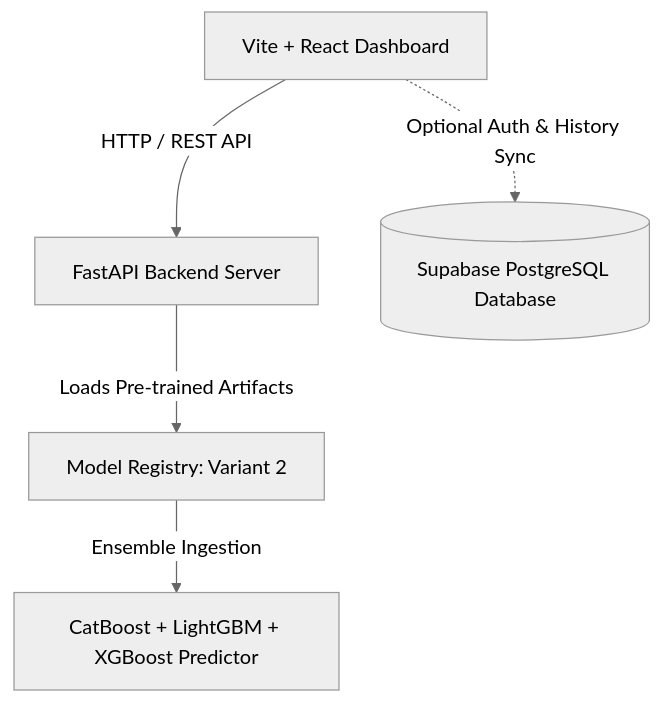
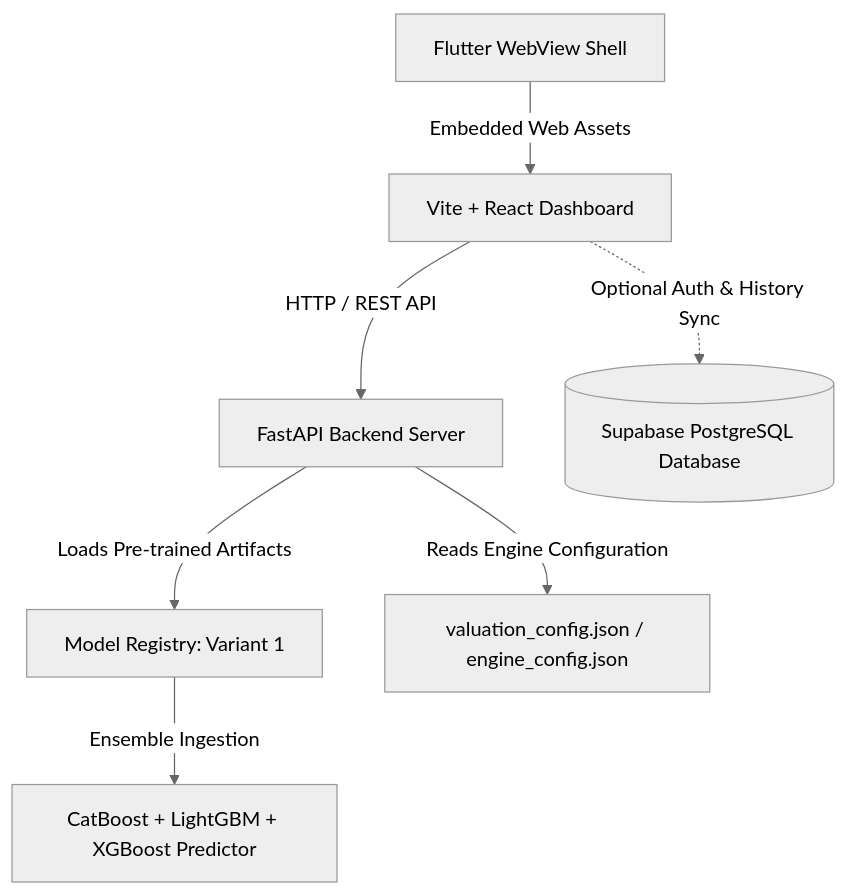
Before and after one commit to Hars03082005/Autopricer: the second of 2 diagrams in README.md, drawn with Mermaid (neutral theme). The commit also changed other lines of this file and 54 other files, not shown here.

Commit message:
Update valuation engine, adaptive decision logic, mobile support, and documentation

````diff
--- a/README.md
+++ b/README.md
@@ -115,7 +154,9 @@
 ```mermaid
 graph TD
-    UI[Vite + React Dashboard] -->|HTTP / REST API| FastAPI[FastAPI Backend Server]
-    FastAPI -->|Loads Pre-trained Artifacts| Registry[Model Registry: Variant 2]
+    WebUI[Vite + React Dashboard] -->|HTTP / REST API| FastAPI[FastAPI Backend Server]
+    MobileShell[Flutter WebView Shell] -->|Embedded Web Assets| WebUI
+    FastAPI -->|Loads Pre-trained Artifacts| Registry[Model Registry: Variant 1]
     Registry -->|Ensemble Ingestion| Predictor[CatBoost + LightGBM + XGBoost Predictor]
-    UI -.->|Optional Auth & History Sync| Supabase[(Supabase PostgreSQL Database)]
+    FastAPI -->|Reads Engine Configuration| Config[valuation_config.json / engine_config.json]
+    WebUI -.->|Optional Auth & History Sync| Supabase[(Supabase PostgreSQL Database)]
 ```
````
